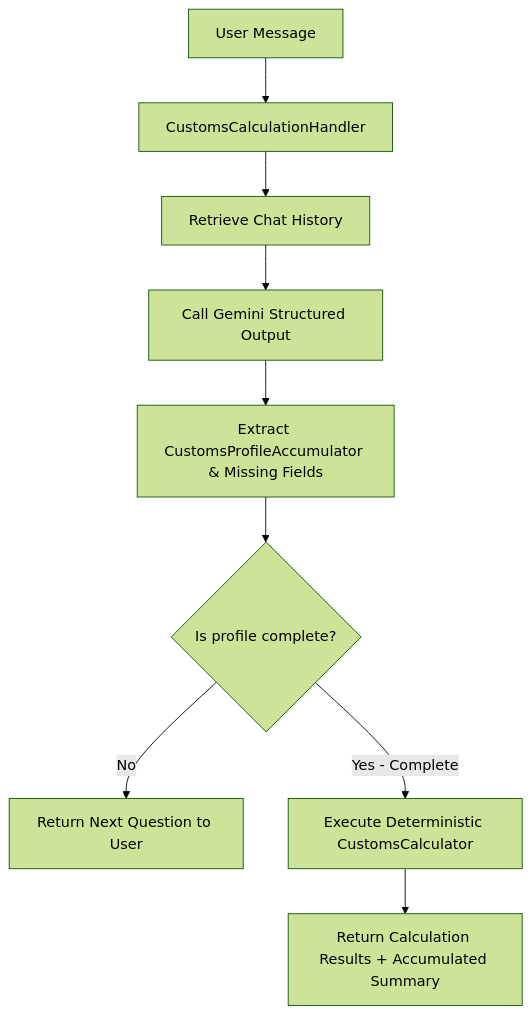
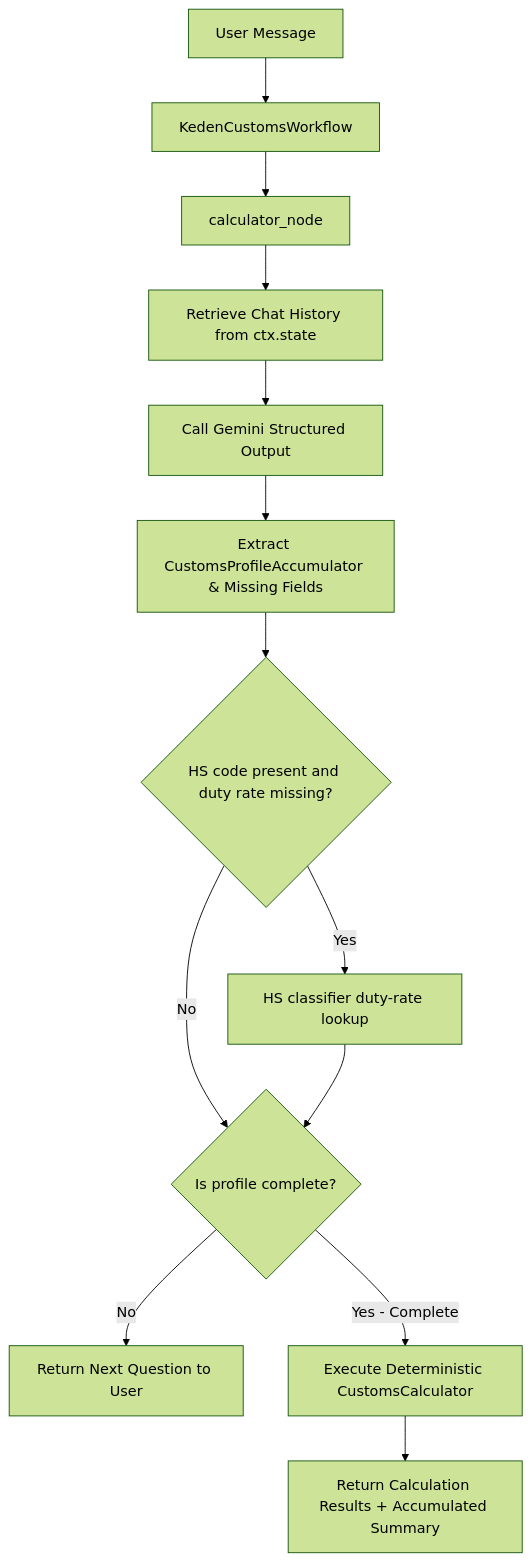
One commit to Laurentzius/smartkeden changed the first of 2 diagrams in flows/features/customs_profile_flow.md. Above: the diagram before and after it, drawn with Mermaid (forest theme). The commit also changed other lines of this file and 32 other files, not shown here.

````diff
--- a/flows/features/customs_profile_flow.md
+++ b/flows/features/customs_profile_flow.md
@@ -42,12 +42,15 @@
 ```mermaid
 flowchart TD
-  User[User Message] --> Hand[CustomsCalculationHandler]
-  Hand --> History[Retrieve Chat History]
+  User[User Message] --> Workflow[KedenCustomsWorkflow]
+  Workflow --> CalcNode[calculator_node]
+  CalcNode --> History[Retrieve Chat History from ctx.state]
   History --> LLM[Call Gemini Structured Output]
   LLM --> Extract[Extract CustomsProfileAccumulator & Missing Fields]
-  Extract --> Check{Is profile complete?}
-  
+  Extract --> HSLookup{HS code present and duty rate missing?}
+  HSLookup -->|Yes| Classifier[HS classifier duty-rate lookup]
+  HSLookup -->|No| Check{Is profile complete?}
+  Classifier --> Check
   Check -->|No| Ask[Return Next Question to User]
   Check -->|Yes - Complete| Calc[Execute Deterministic CustomsCalculator]
   Calc --> Response[Return Calculation Results + Accumulated Summary]
 ```
````
